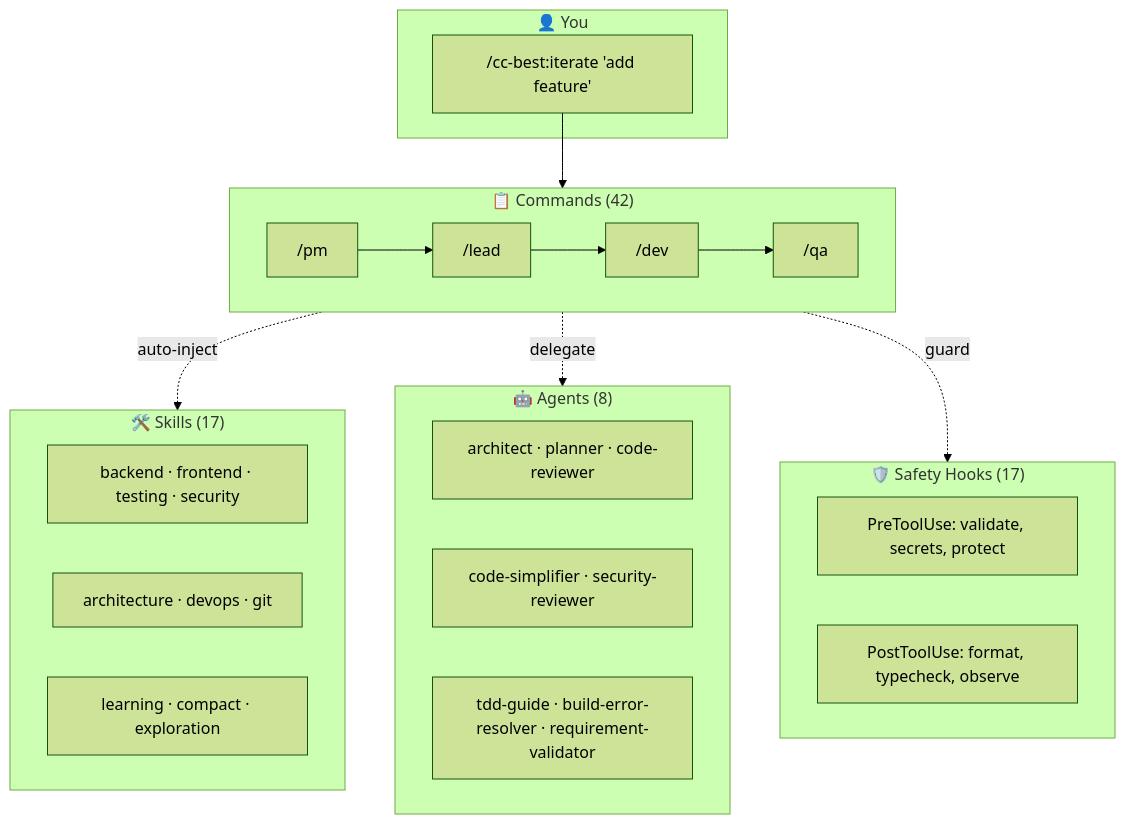
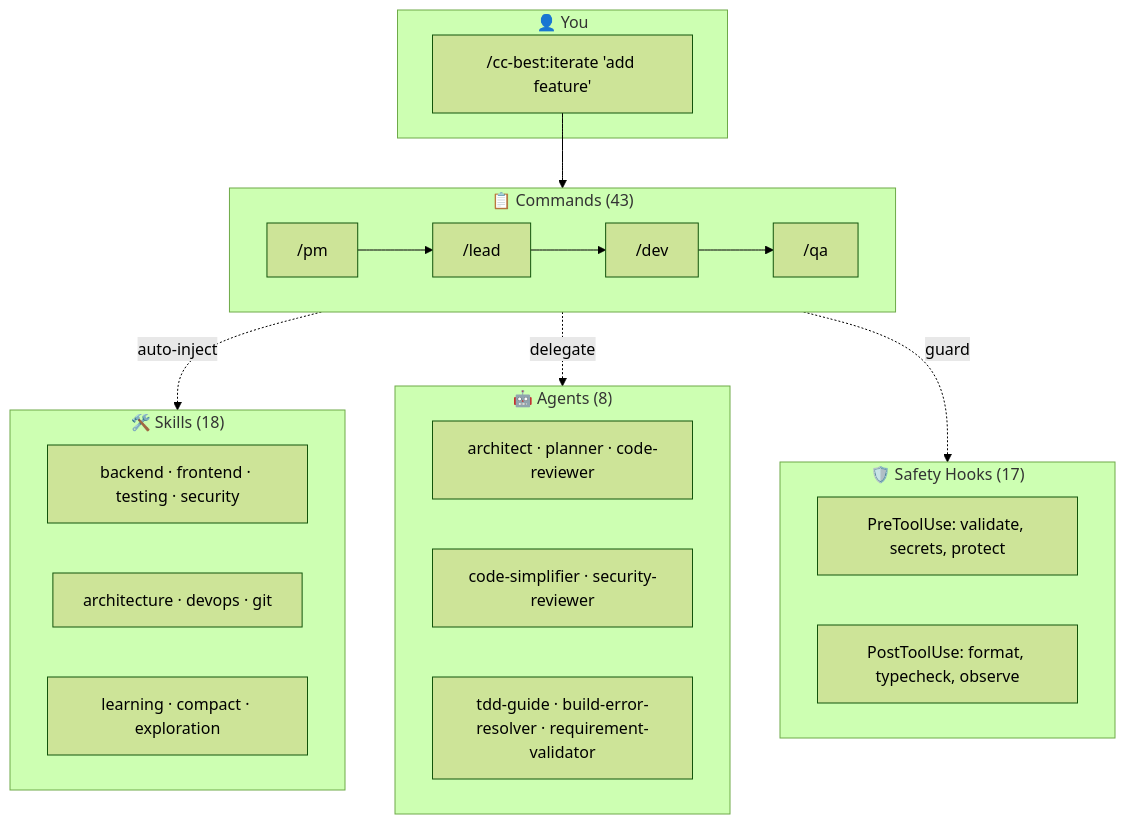
One commit to xiaobei930/claude-code-best-practices changed the second of 2 diagrams in README.md. Above: the diagram before and after it, drawn with Mermaid (forest theme). The commit also changed other lines of this file and 18 other files, not shown here.

````diff
--- a/README.md
+++ b/README.md
@@ -345,32 +345,32 @@
 ```mermaid
 flowchart TB
     subgraph User["👤 You"]
         CMD["/cc-best:iterate 'add feature'"]
     end
 
-    subgraph Commands["📋 Commands (42)"]
+    subgraph Commands["📋 Commands (43)"]
         PM["/pm"] --> Lead["/lead"] --> Dev["/dev"] --> QA["/qa"]
     end
 
-    subgraph Skills["🛠️ Skills (17)"]
+    subgraph Skills["🛠️ Skills (18)"]
         S1["backend · frontend · testing · security"]
         S2["architecture · devops · git"]
         S3["learning · compact · exploration"]
     end
 
     subgraph Agents["🤖 Agents (8)"]
         A1["architect · planner · code-reviewer"]
         A2["code-simplifier · security-reviewer"]
         A3["tdd-guide · build-error-resolver · requirement-validator"]
     end
 
     subgraph Safety["🛡️ Safety Hooks (17)"]
         H1["PreToolUse: validate, secrets, protect"]
         H2["PostToolUse: format, typecheck, observe"]
     end
 
     CMD --> Commands
     Commands -.->|"auto-inject"| Skills
     Commands -.->|"delegate"| Agents
     Commands -.->|"guard"| Safety
 ```
````
